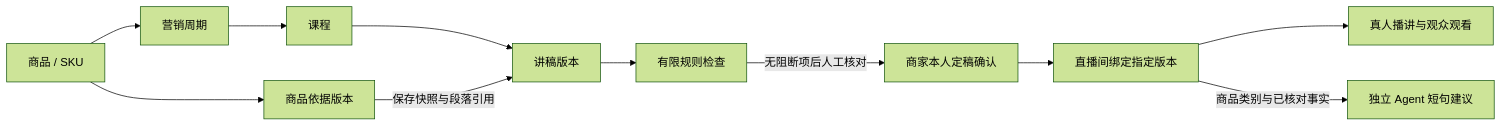
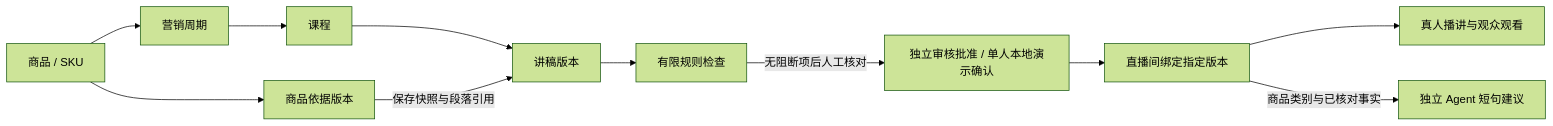
The diagram in docs/content-workflow.md (NSIETeam/merchant-live-studio), drawn with Mermaid (forest theme) before and after one commit. The commit also changed other lines of this file and 21 other files, not shown here.

````diff
--- a/docs/content-workflow.md
+++ b/docs/content-workflow.md
@@ -9,13 +9,13 @@
 ```mermaid
 flowchart LR
   P[商品 / SKU] --> V[商品依据版本]
   P --> M[营销周期]
   M --> C[课程]
   C --> S[讲稿版本]
   V -->|保存快照与段落引用| S
   S --> R[有限规则检查]
-  R -->|无阻断项后人工核对| F[商家本人定稿确认]
+  R -->|无阻断项后人工核对| F[独立审核批准 / 单人本地演示确认]
   F --> B[直播间绑定指定版本]
   B --> L[真人播讲与观众观看]
   B -->|商品类别与已核对事实| A[独立 Agent 短句建议]
 ```
````
